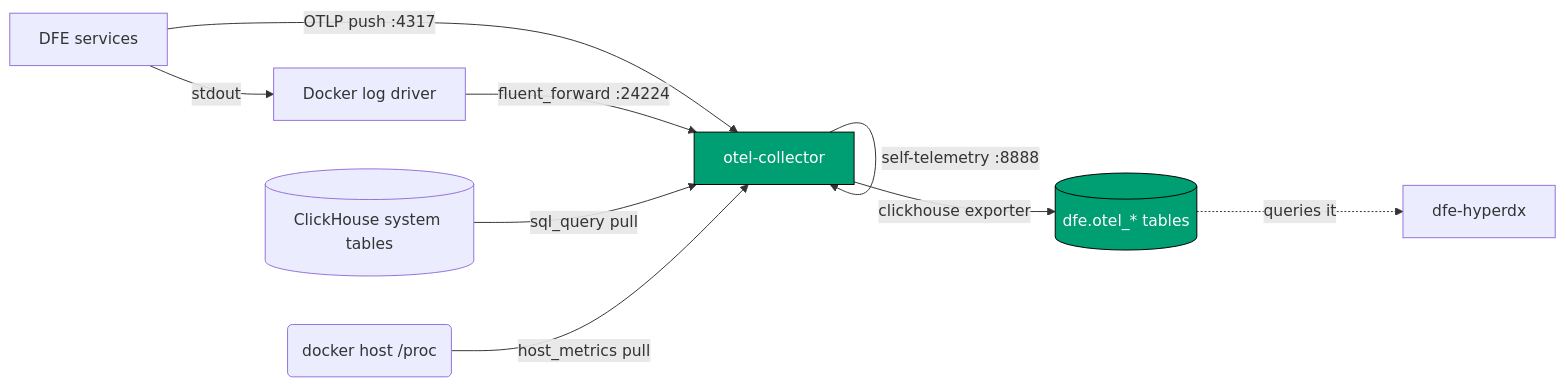
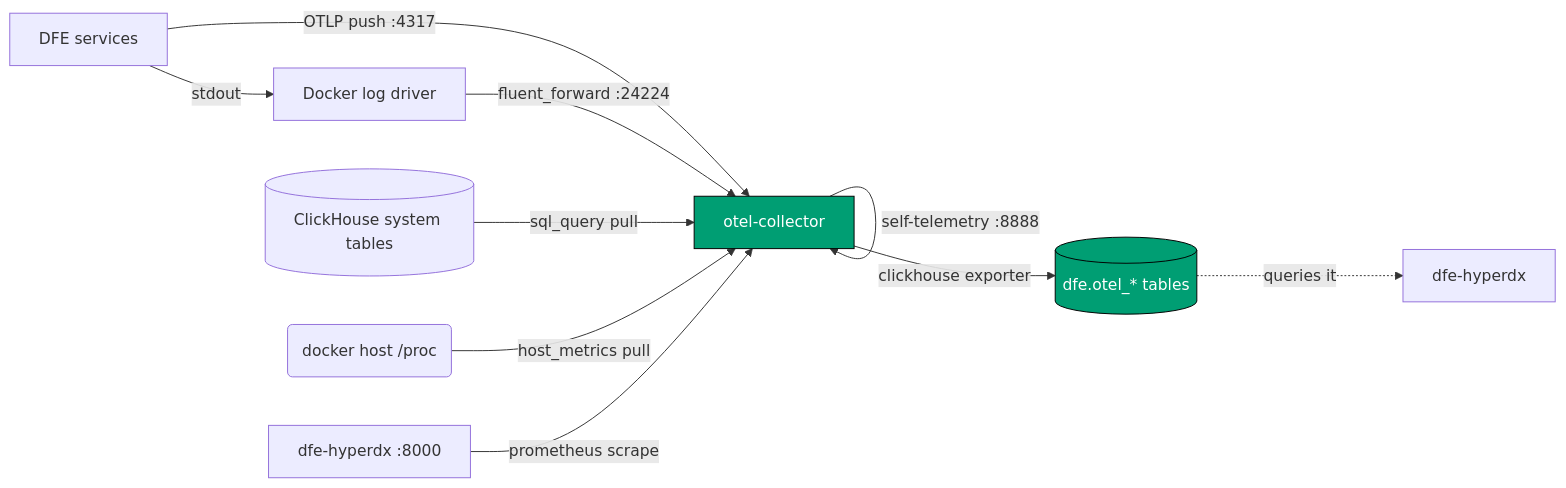
The diagram in docs/observability.md (hyperi-io/dfe-docker), drawn with Mermaid before and after one commit. The commit also changed other lines of this file and 17 other files, not shown here.

````diff
--- a/docs/observability.md
+++ b/docs/observability.md
@@ -70,14 +71,15 @@
 ```mermaid
 flowchart LR
     apps["DFE services"] -->|OTLP push :4317| col["otel-collector"]
     apps -->|stdout| drv["Docker log driver"]
     drv -->|fluent_forward :24224| col
     chsrv[(ClickHouse system tables)] -->|sql_query pull| col
     host("docker host /proc") -->|host_metrics pull| col
     col -->|self-telemetry :8888| col
+    hdxm["dfe-hyperdx :8000"] -->|prometheus scrape| col
     col -->|clickhouse exporter| ch[(dfe.otel_* tables)]
     ch -.->|queries it| hdx["dfe-hyperdx"]
 
     classDef on fill:#009E73,color:#ffffff,stroke:#000000
     class col,ch on
 ```
````
